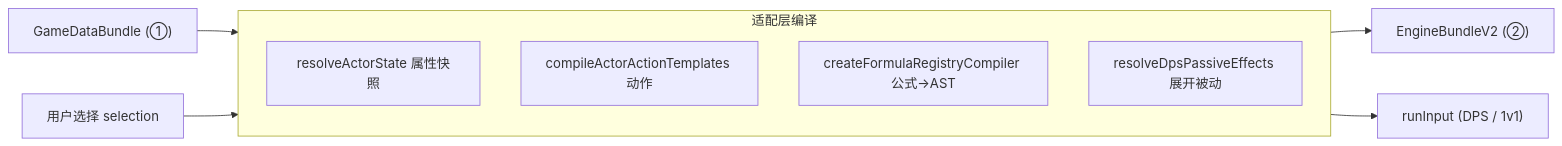
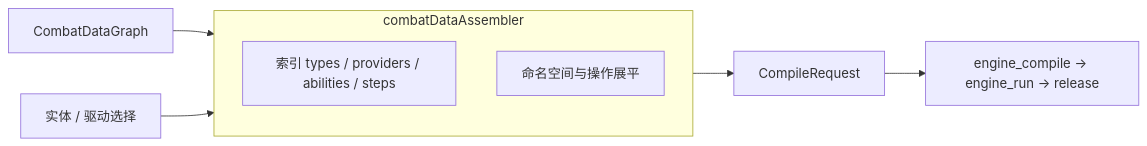
Before and after one commit to JeanbartBiubiu/damage_viewer_project_planning: the diagram in 项目设计说明书/08-适配层编译规范.md, drawn with Mermaid. The commit also changed other lines of this file and 64 other files, not shown here.

````diff
--- a/项目设计说明书/08-适配层编译规范.md
+++ b/项目设计说明书/08-适配层编译规范.md
@@ -18,13 +18,11 @@
 ```mermaid
 flowchart LR
-  BUNDLE["GameDataBundle (①)"] --> ADP
-  SEL["用户选择 selection"] --> ADP
-  subgraph ADP["适配层编译"]
-    A1["resolveActorState 属性快照"]
-    A2["compileActorActionTemplates 动作"]
-    A3["createFormulaRegistryCompiler 公式→AST"]
-    A4["resolveDpsPassiveEffects 展开被动"]
+  G["CombatDataGraph"] --> ASM
+  SEL["实体 / 驱动选择"] --> ASM
+  subgraph ASM["combatDataAssembler"]
+    A1["索引 types / providers / abilities / steps"]
+    A2["命名空间与操作展平"]
   end
-  ADP --> EB["EngineBundleV2 (②)"]
-  ADP --> RI["runInput (DPS / 1v1)"]
+  ASM --> CR["CompileRequest"]
+  CR --> ABI["engine_compile → engine_run → release"]
 ```
````
